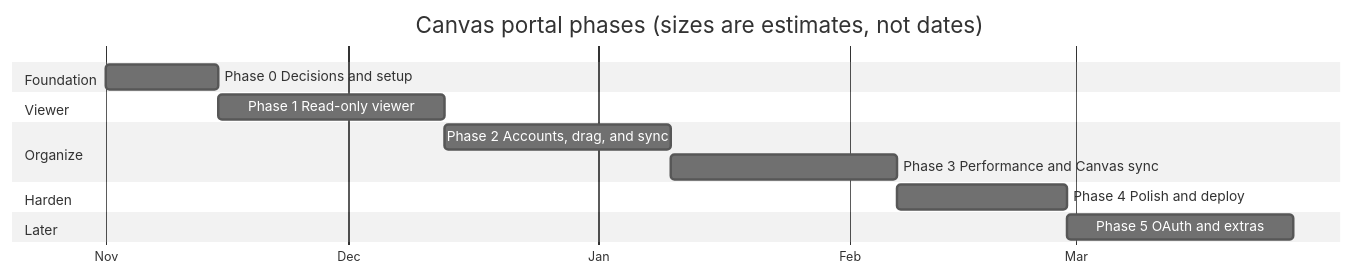
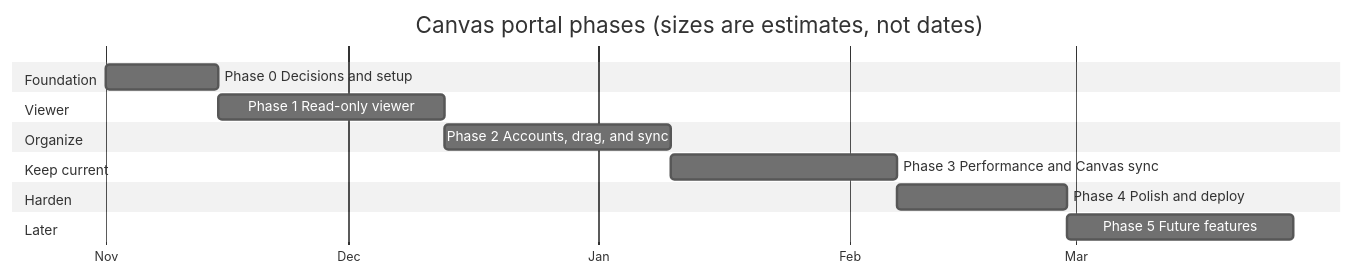
The diagram in docs/canvas-portal/01-roadmap.md (bbranton/TestProj), drawn with Mermaid (neutral theme) before and after one commit. The commit also changed other lines of this file and 5 other files, not shown here.

````diff
--- a/docs/canvas-portal/01-roadmap.md
+++ b/docs/canvas-portal/01-roadmap.md
@@ -21,17 +21,18 @@
 ```mermaid
 gantt
     title Canvas portal phases (sizes are estimates, not dates)
     dateFormat  YYYY-MM-DD
     axisFormat  %b
     section Foundation
     Phase 0 Decisions and setup      :p0, 2026-11-01, 14d
     section Viewer
     Phase 1 Read-only viewer         :p1, after p0, 28d
     section Organize
     Phase 2 Accounts, drag, and sync :p2, after p1, 28d
+    section Keep current
     Phase 3 Performance and Canvas sync :p3, after p2, 28d
     section Harden
     Phase 4 Polish and deploy        :p4, after p3, 21d
     section Later
-    Phase 5 OAuth and extras         :p5, after p4, 28d
+    Phase 5 Future features          :p5, after p4, 28d
 ```
````
